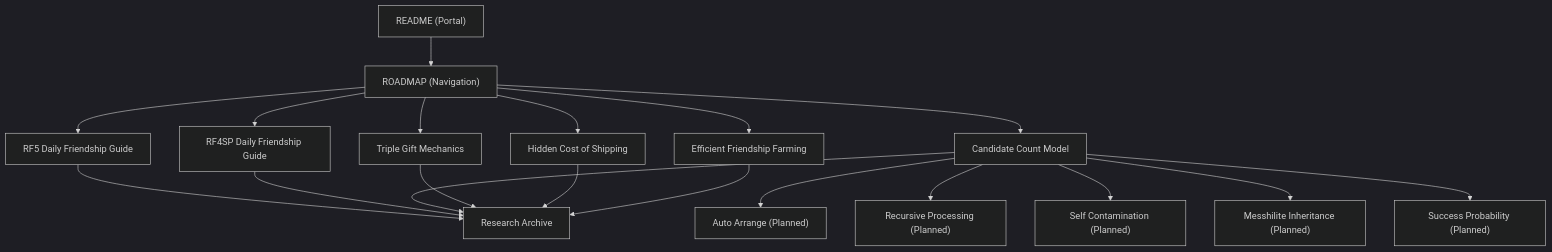
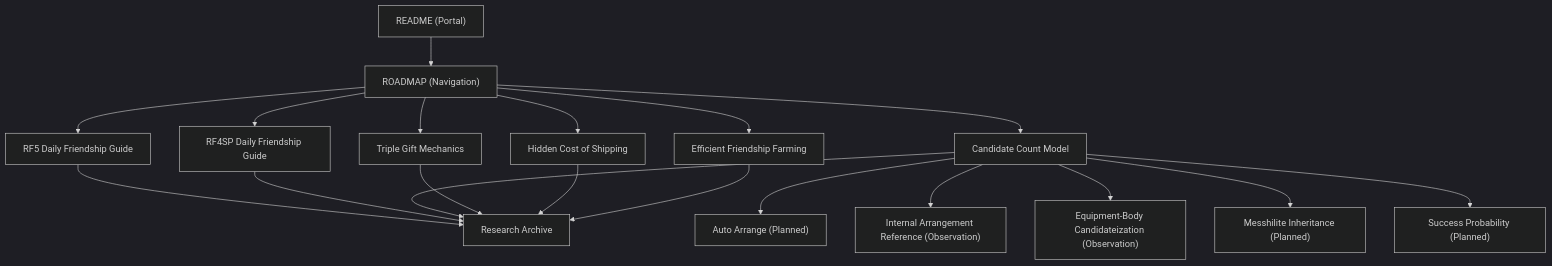
One commit to j13343sh/Rune-Factory-Inheritance-Research changed the diagram in mermaid/roadmap-knowledge-network.mmd. Above: the diagram before and after it, drawn with Mermaid (dark theme). The commit also changed 17 other files, not shown here.

```diff
--- a/mermaid/roadmap-knowledge-network.mmd
+++ b/mermaid/roadmap-knowledge-network.mmd
@@ -1,43 +1,43 @@
 flowchart TD
 
 README["README (Portal)"]
 
 ROADMAP["ROADMAP (Navigation)"]
 
 RF5["RF5 Daily Friendship Guide"]
 RF4["RF4SP Daily Friendship Guide"]
 
 CC["Candidate Count Model"]
 TG["Triple Gift Mechanics"]
 HC["Hidden Cost of Shipping"]
 FS["Efficient Friendship Farming"]
 
 AR["Auto Arrange (Planned)"]
-RP["Recursive Processing (Planned)"]
-SC["Self Contamination (Planned)"]
+RP["Internal Arrangement Reference (Observation)"]
+SC["Equipment-Body Candidateization (Observation)"]
 MH["Messhilite Inheritance (Planned)"]
 SP["Success Probability (Planned)"]
 
 ARCHIVE["Research Archive"]
 
 README --> ROADMAP
 
 ROADMAP --> RF5
 ROADMAP --> RF4
 ROADMAP --> CC
 ROADMAP --> TG
 ROADMAP --> HC
 ROADMAP --> FS
 
 CC --> AR
 CC --> RP
 CC --> SC
 CC --> MH
 CC --> SP
 
 RF5 --> ARCHIVE
 RF4 --> ARCHIVE
 CC --> ARCHIVE
 TG --> ARCHIVE
 HC --> ARCHIVE
 FS --> ARCHIVE
```
